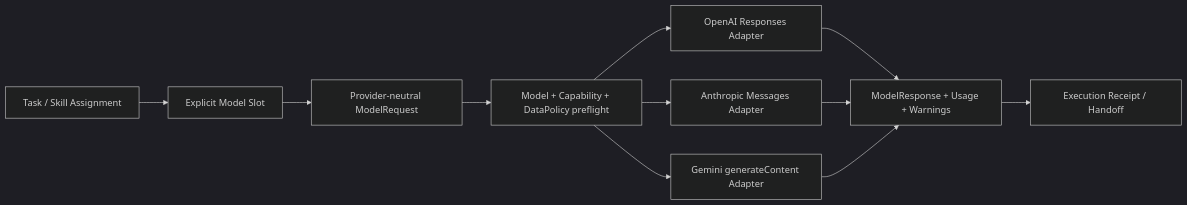
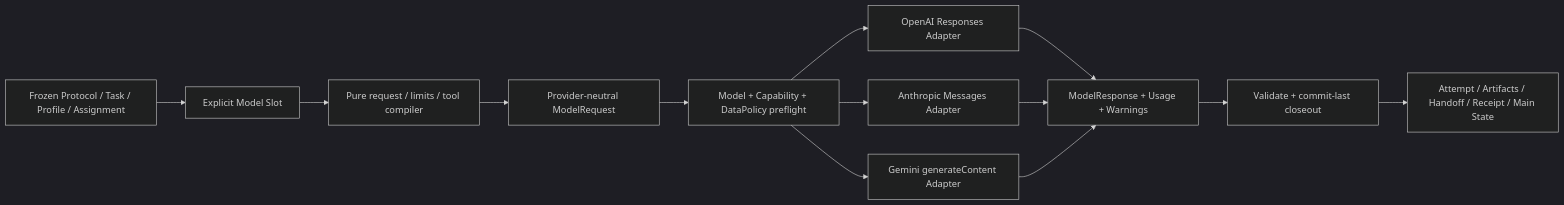
The diagram in docs/implementation/PROVIDER_ADAPTER_PLAN.md (Chengyue-Lu/research-agent-workbench), drawn with Mermaid (dark theme) before and after one commit. The commit also changed other lines of this file and 39 other files, not shown here.

````diff
--- a/docs/implementation/PROVIDER_ADAPTER_PLAN.md
+++ b/docs/implementation/PROVIDER_ADAPTER_PLAN.md
@@ -11,13 +11,15 @@
 ```mermaid
 flowchart LR
-  Task["Task / Skill Assignment"] --> Slot["Explicit Model Slot"]
-  Slot --> Port["Provider-neutral ModelRequest"]
+  Task["Frozen Protocol / Task / Profile / Assignment"] --> Slot["Explicit Model Slot"]
+  Slot --> Compile["Pure request / limits / tool compiler"]
+  Compile --> Port["Provider-neutral ModelRequest"]
   Port --> Gate["Model + Capability + DataPolicy preflight"]
   Gate --> OA["OpenAI Responses Adapter"]
   Gate --> AN["Anthropic Messages Adapter"]
   Gate --> GE["Gemini generateContent Adapter"]
   OA --> Result["ModelResponse + Usage + Warnings"]
   AN --> Result
   GE --> Result
-  Result --> Receipt["Execution Receipt / Handoff"]
+  Result --> Closeout["Validate + commit-last closeout"]
+  Closeout --> Receipt["Attempt / Artifacts / Handoff / Receipt / Main State"]
 ```
````
